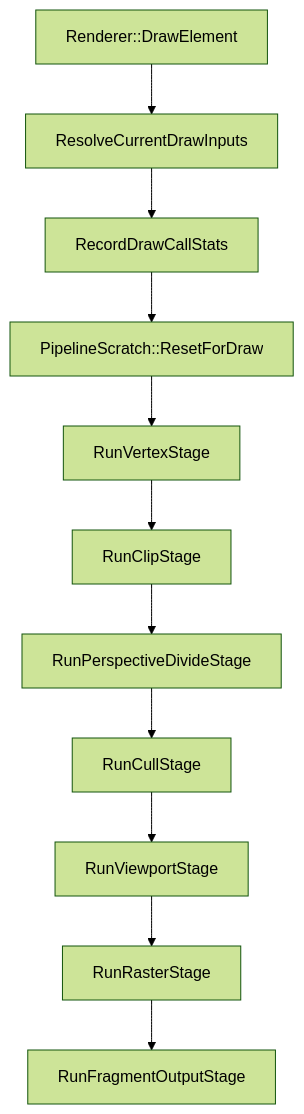
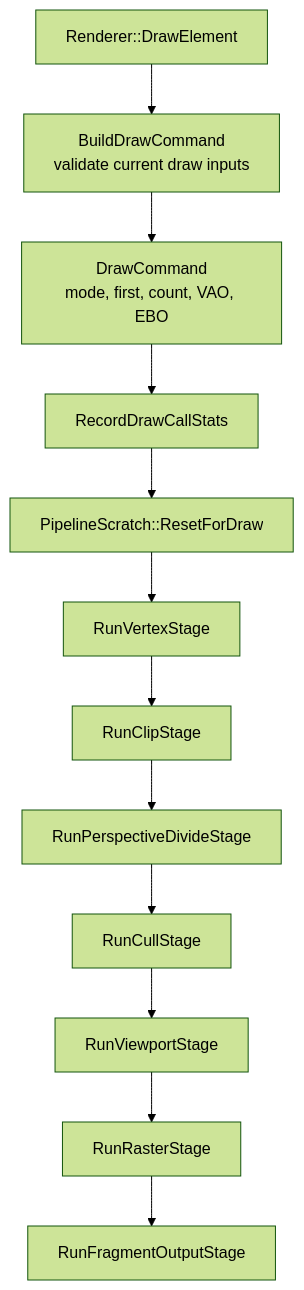
Before and after one commit to hangge1/DragonRenderer: the fourth of 6 diagrams in docs/ARCHITECTURE.md, drawn with Mermaid (forest theme). The commit also changed other lines of this file and 6 other files, not shown here.

Commit message:
refactor: introduce draw command boundary

````diff
--- a/docs/ARCHITECTURE.md
+++ b/docs/ARCHITECTURE.md
@@ -112,25 +112,27 @@
 ```mermaid
 flowchart TB
     Draw["Renderer::DrawElement"]
-    Resolve["ResolveCurrentDrawInputs"]
+    Command["BuildDrawCommand<br/>validate current draw inputs"]
+    DrawCommand["DrawCommand<br/>mode, first, count, VAO, EBO"]
     Stats["RecordDrawCallStats"]
     Scratch["PipelineScratch::ResetForDraw"]
     Vertex["RunVertexStage"]
     Clip["RunClipStage"]
     NDC["RunPerspectiveDivideStage"]
     Cull["RunCullStage"]
     Viewport["RunViewportStage"]
     Raster["RunRasterStage"]
     Fragment["RunFragmentOutputStage"]
 
-    Draw --> Resolve
-    Resolve --> Stats
+    Draw --> Command
+    Command --> DrawCommand
+    DrawCommand --> Stats
     Stats --> Scratch
     Scratch --> Vertex
     Vertex --> Clip
     Clip --> NDC
     NDC --> Cull
     Cull --> Viewport
     Viewport --> Raster
     Raster --> Fragment
 ```
````
